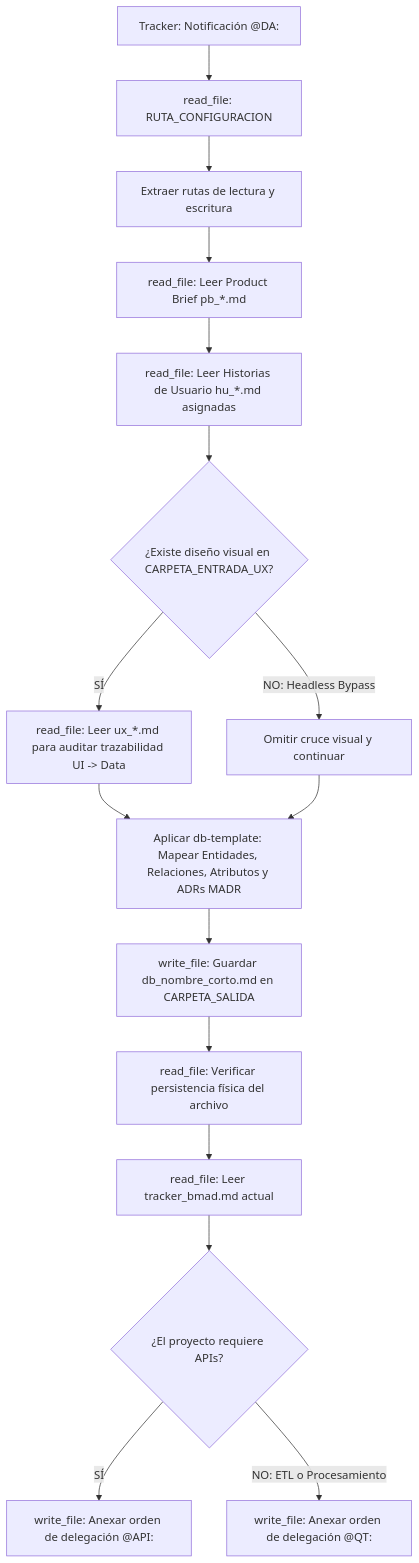
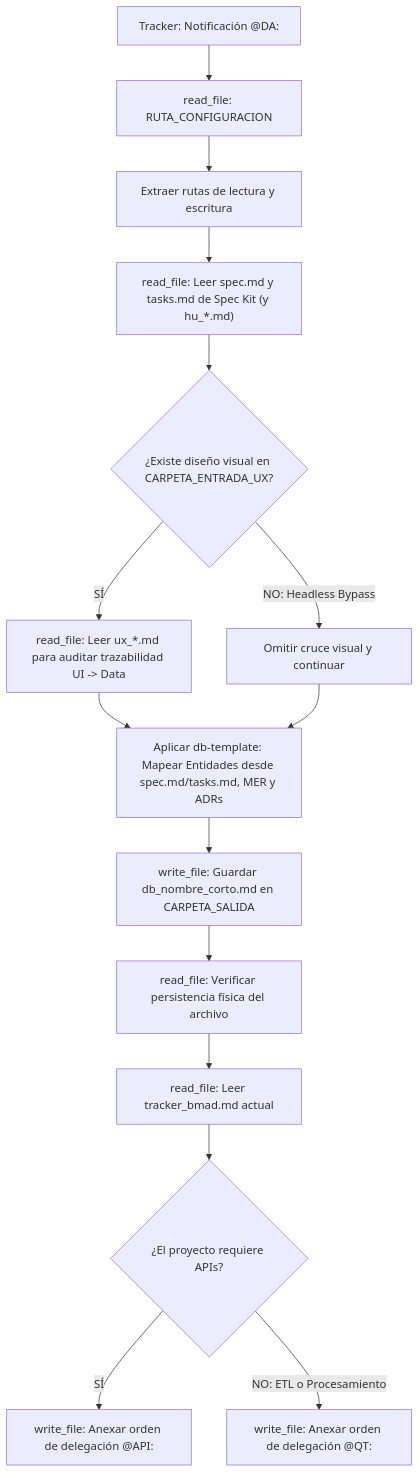
The diagram in data-architect/AGENTS.md (pauloravicaceres/template-bmad), drawn with Mermaid before and after one commit. The commit also changed other lines of this file and 132 other files, not shown here.

````diff
--- a/data-architect/AGENTS.md
+++ b/data-architect/AGENTS.md
@@ -52,18 +55,17 @@
 ```mermaid
 flowchart TD
     A["Tracker: Notificación @DA:"] --> B["read_file: RUTA_CONFIGURACION"]
     B --> C["Extraer rutas de lectura y escritura"]
-    C --> D["read_file: Leer Product Brief pb_*.md"]
-    D --> E["read_file: Leer Historias de Usuario hu_*.md asignadas"]
-    E --> F{"¿Existe diseño visual en CARPETA_ENTRADA_UX?"}
-    F -->|SÍ| G["read_file: Leer ux_*.md para auditar trazabilidad UI -> Data"]
-    F -->|NO: Headless Bypass| H["Omitir cruce visual y continuar"]
-    G --> I["Aplicar db-template: Mapear Entidades, Relaciones, Atributos y ADRs MADR"]
-    H --> I
-    I --> J["write_file: Guardar db_nombre_corto.md en CARPETA_SALIDA"]
-    J --> K["read_file: Verificar persistencia física del archivo"]
-    K --> L["read_file: Leer tracker_bmad.md actual"]
-    L --> M{"¿El proyecto requiere APIs?"}
-    M -->|SÍ| N["write_file: Anexar orden de delegación @API:"]
-    M -->|NO: ETL o Procesamiento| O["write_file: Anexar orden de delegación @QT:"]
+    C --> D["read_file: Leer spec.md y tasks.md de Spec Kit (y hu_*.md)"]
+    D --> E{"¿Existe diseño visual en CARPETA_ENTRADA_UX?"}
+    E -->|SÍ| F["read_file: Leer ux_*.md para auditar trazabilidad UI -> Data"]
+    E -->|NO: Headless Bypass| G["Omitir cruce visual y continuar"]
+    F --> H["Aplicar db-template: Mapear Entidades desde spec.md/tasks.md, MER y ADRs"]
+    G --> H
+    H --> I["write_file: Guardar db_nombre_corto.md en CARPETA_SALIDA"]
+    I --> J["read_file: Verificar persistencia física del archivo"]
+    J --> K["read_file: Leer tracker_bmad.md actual"]
+    K --> L{"¿El proyecto requiere APIs?"}
+    L -->|SÍ| M["write_file: Anexar orden de delegación @API:"]
+    L -->|NO: ETL o Procesamiento| N["write_file: Anexar orden de delegación @QT:"]
 ```
````
